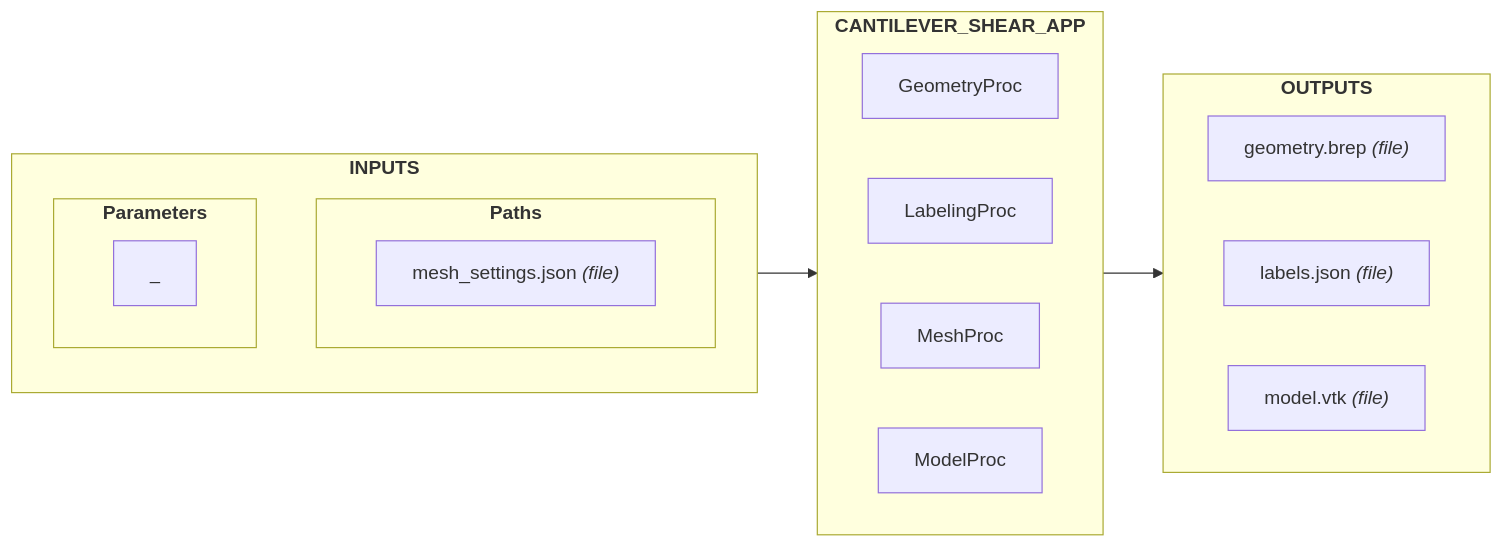
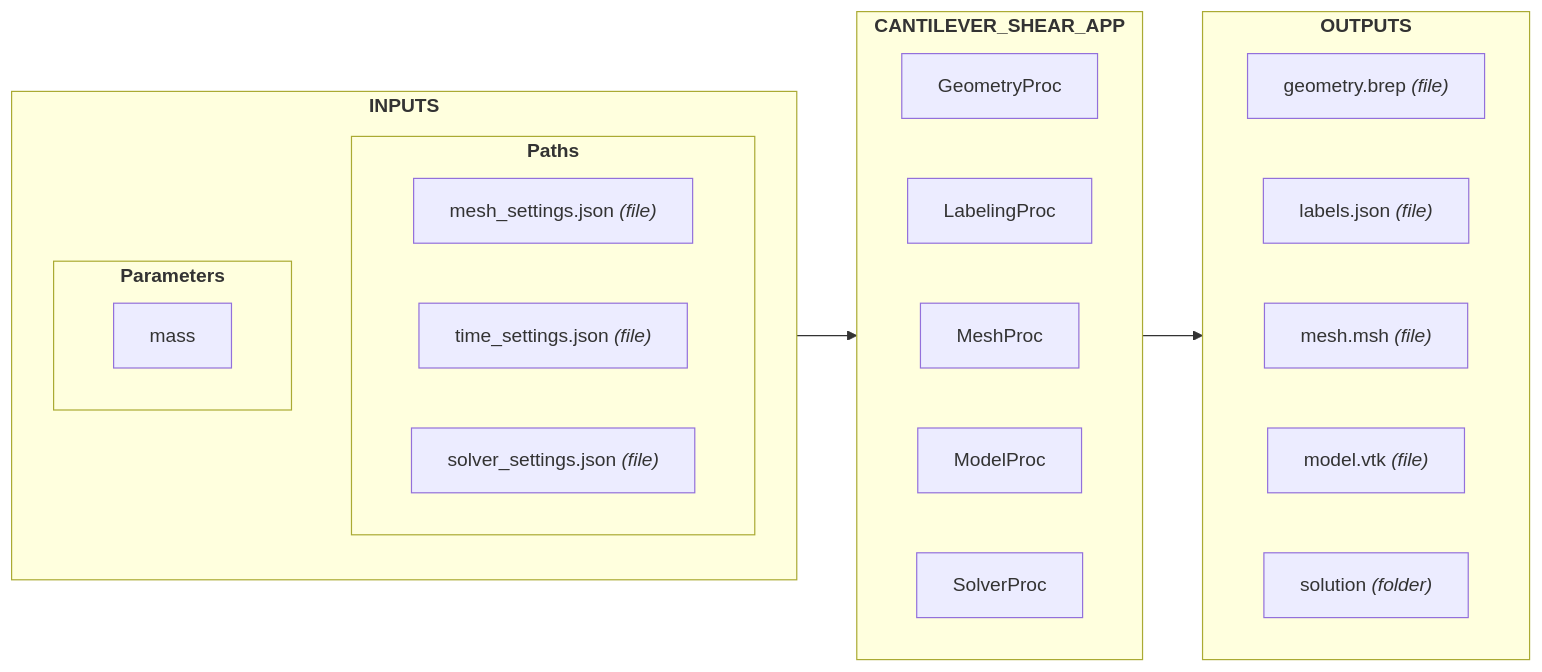
Before and after one commit to nuremics/sim-labs: the seventh of 12 diagrams in src/nuremics_labs/apps/simulation/CANTILEVER_SHEAR_APP/README.md, drawn with Mermaid. The commit also changed other lines of this file and 6 other files, not shown here.

Commit message:
add SolverProc (without comments in the code)

````diff
--- a/src/nuremics_labs/apps/simulation/CANTILEVER_SHEAR_APP/README.md
+++ b/src/nuremics_labs/apps/simulation/CANTILEVER_SHEAR_APP/README.md
@@ -124,35 +182,39 @@
 ```mermaid
 flowchart LR
   subgraph Inputs[<b>INPUTS<b>]
     direction TB
 
     subgraph Paths[<b>Paths<b>]
       direction LR
-      path["mesh_settings.json <i>(file)<i>"]
+      path1["mesh_settings.json <i>(file)<i>"]
+      path2["time_settings.json <i>(file)<i>"]
+      path3["solver_settings.json <i>(file)<i>"]
     end
 
     subgraph Parameters[<b>Parameters<b>]
       direction LR
-      param1["_"]
+      param1["mass"]
     end
   end
 
   subgraph App[<b>CANTILEVER_SHEAR_APP<b>]
     direction RL
     proc1["GeometryProc"]
     proc2["LabelingProc"]
     proc3["MeshProc"]
     proc4["ModelProc"]
+    proc5["SolverProc"]
   end
 
   subgraph Outputs[<b>OUTPUTS<b>]
     direction RL
     out1["geometry.brep <i>(file)<i>"]
     out2["labels.json <i>(file)<i>"]
     out3["mesh.msh <i>(file)<i>"]
-    out3["model.vtk <i>(file)<i>"]
+    out4["model.vtk <i>(file)<i>"]
+    out5["solution <i>(folder)<i>"]
   end
 
   Inputs --> App
   App --> Outputs
 ```
````
